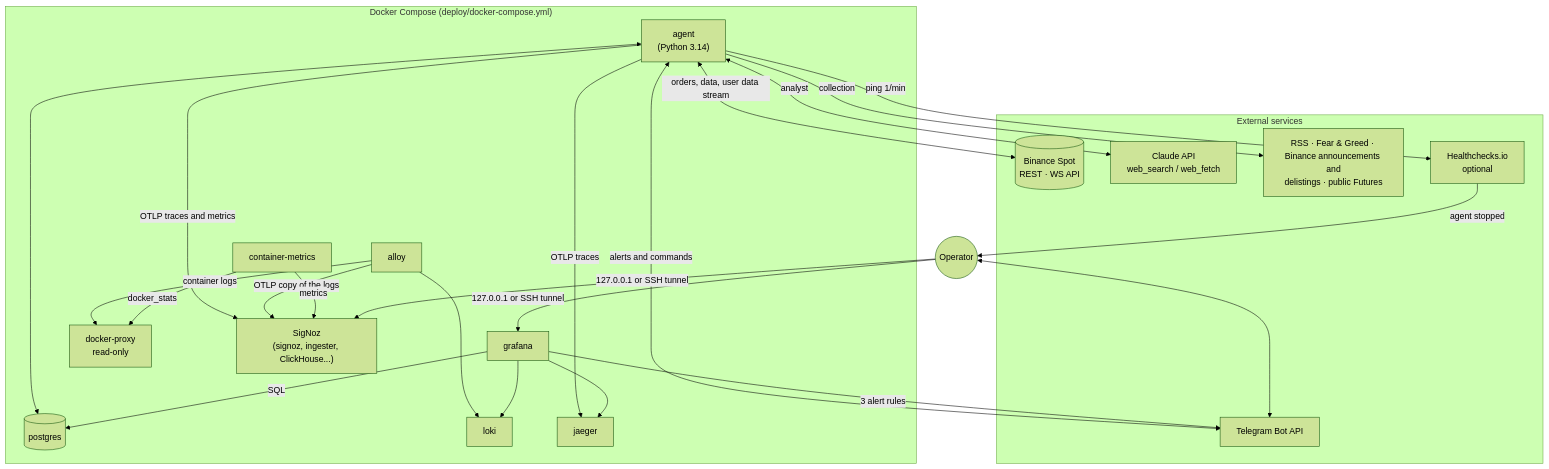
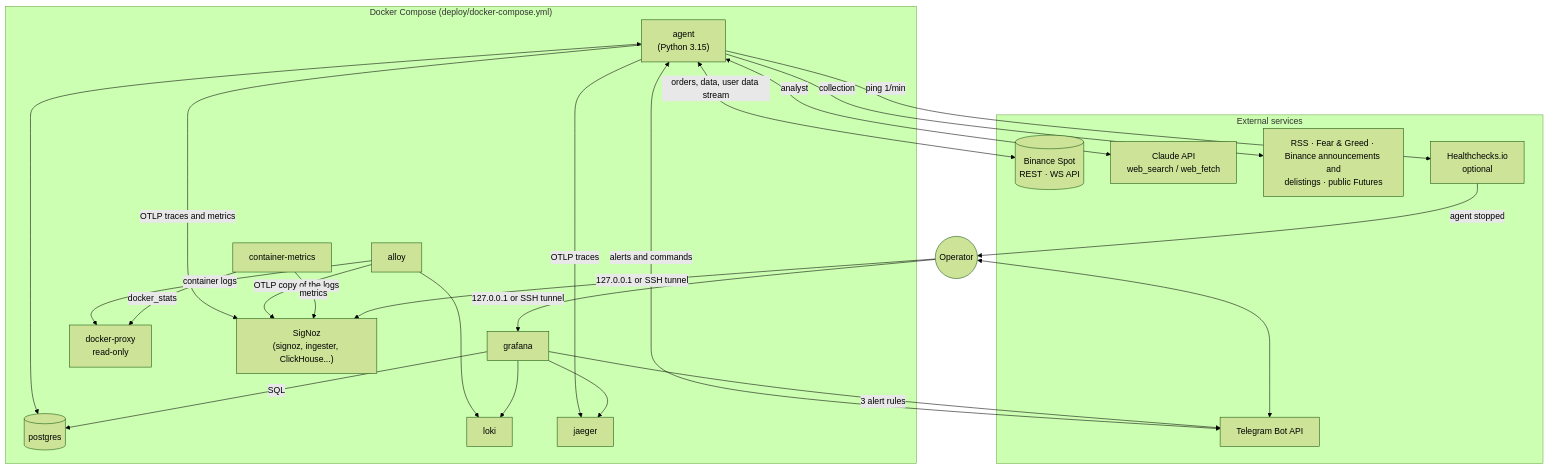
Before and after one commit to matheusneder/ai-trade-agent: the first of 4 diagrams in doc/03-architecture.md, drawn with Mermaid (forest theme). The commit also changed other lines of this file and 13 other files, not shown here.

````diff
--- a/doc/03-architecture.md
+++ b/doc/03-architecture.md
@@ -19,46 +19,46 @@
 ```mermaid
 flowchart TB
   subgraph EXT["External services"]
     BIN[(Binance Spot<br/>REST · WS API)]
     CL[Claude API<br/>web_search / web_fetch]
     SRC["RSS · Fear & Greed · Binance announcements and<br/>delistings · public Futures"]
     TGAPI[Telegram Bot API]
     HC[Healthchecks.io<br/>optional]
   end
 
   subgraph HOST["Docker Compose (deploy/docker-compose.yml)"]
-    AG["agent<br/>(Python 3.14)"]
+    AG["agent<br/>(Python 3.15)"]
     PG[(postgres)]
     GF[grafana]
     LK[loki]
     AL[alloy]
     DP[docker-proxy<br/>read-only]
     JG[jaeger]
     CM[container-metrics]
     SZ["SigNoz<br/>(signoz, ingester, ClickHouse...)"]
   end
 
   OP((Operator))
 
   AG <-->|orders, data, user data stream| BIN
   AG <-->|analyst| CL
   AG -->|collection| SRC
   AG <-->|alerts and commands| TGAPI
   AG -->|ping 1/min| HC
   AG <--> PG
   AG -->|OTLP traces| JG
   AG -->|OTLP traces and metrics| SZ
   AL -->|container logs| DP
   CM -->|docker_stats| DP
   AL --> LK
   AL -->|OTLP copy of the logs| SZ
   CM -->|metrics| SZ
   GF -->|SQL| PG
   GF --> LK
   GF --> JG
   GF -->|3 alert rules| TGAPI
   OP <--> TGAPI
   OP -->|127.0.0.1 or SSH tunnel| GF
   OP -->|127.0.0.1 or SSH tunnel| SZ
   HC -->|agent stopped| OP
 ```
````
